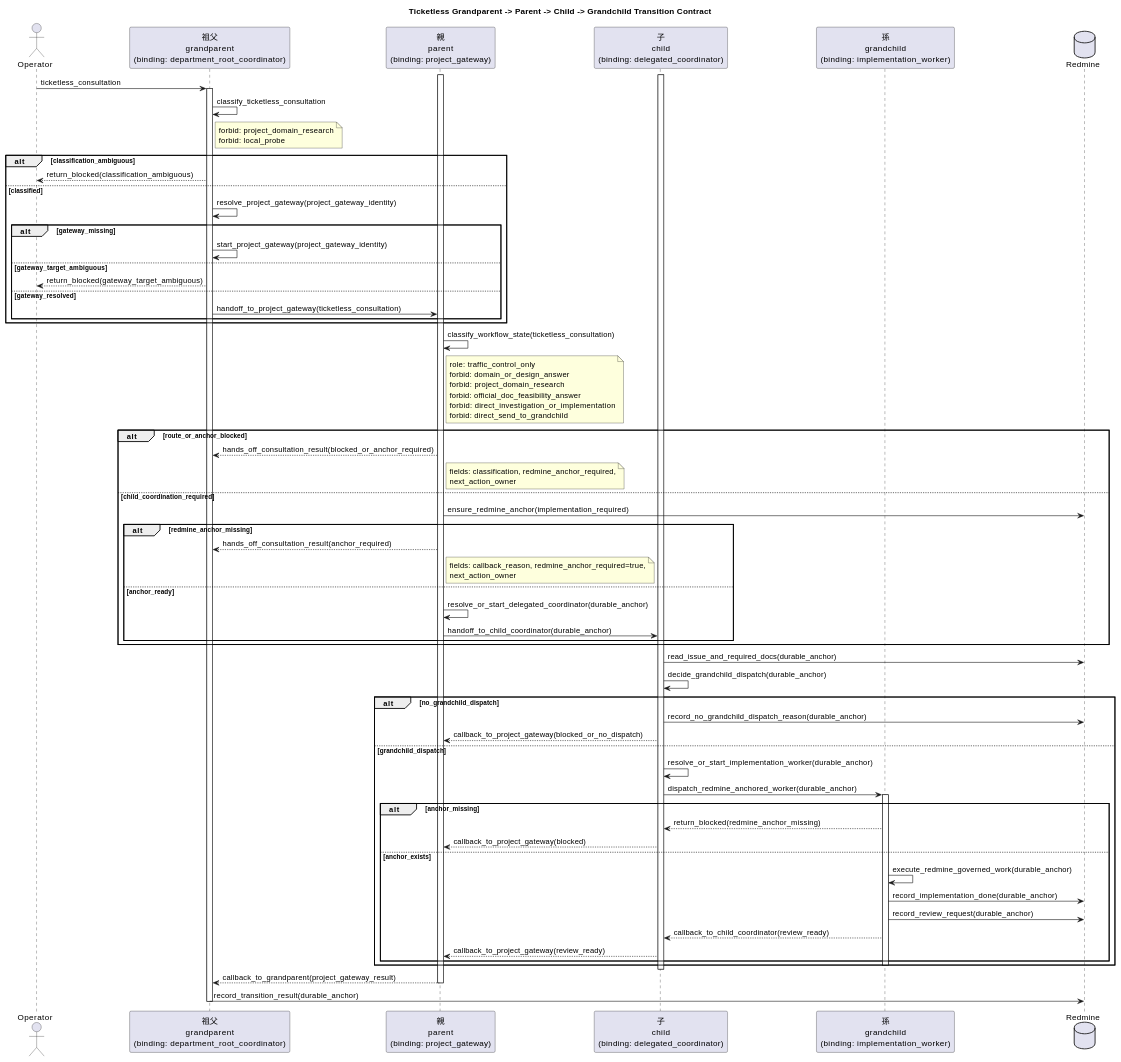
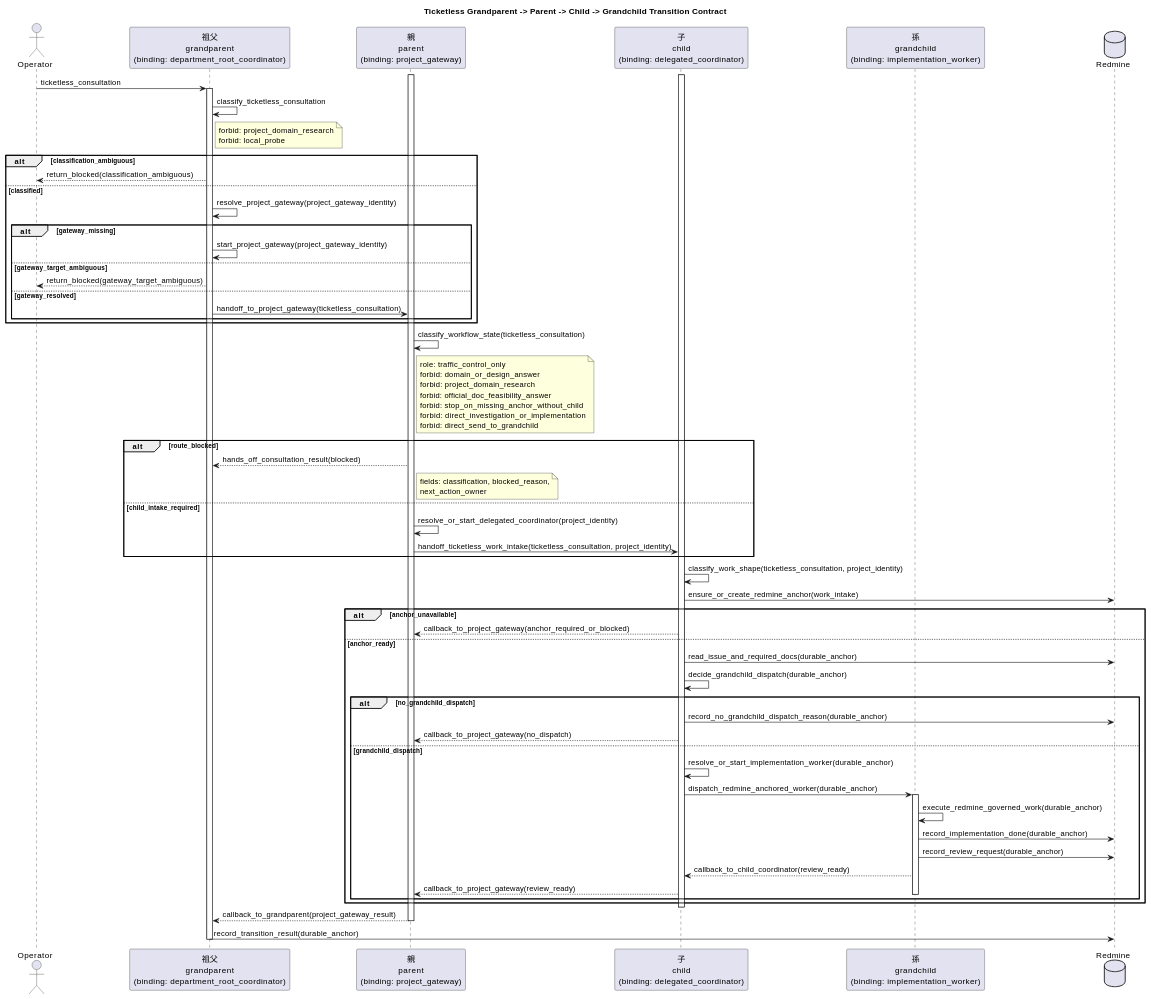
Before and after one commit to hollySizzle/mozyo_bridge: the diagram in vibes/docs/logics/ticketless-project-gateway-runtime-ux.md, drawn with PlantUML. The commit also changed other lines of this file, not shown here.

Commit message:
Route ticketless intake through child coordinator
Refs: Redmine #12709

issue_12709

```diff
--- a/vibes/docs/logics/ticketless-project-gateway-runtime-ux.md
+++ b/vibes/docs/logics/ticketless-project-gateway-runtime-ux.md
@@ -345,51 +353,44 @@
   forbid: domain_or_design_answer
   forbid: project_domain_research
   forbid: official_doc_feasibility_answer
+  forbid: stop_on_missing_anchor_without_child
   forbid: direct_investigation_or_implementation
   forbid: direct_send_to_grandchild
 end note
 
-alt route_or_anchor_blocked
-  Parent --> Grandparent: hands_off_consultation_result(blocked_or_anchor_required)
+alt route_blocked
+  Parent --> Grandparent: hands_off_consultation_result(blocked)
   note right of Parent
-    fields: classification, redmine_anchor_required,
+    fields: classification, blocked_reason,
     next_action_owner
   end note
-else child_coordination_required
-  Parent -> Redmine: ensure_redmine_anchor(implementation_required)
-  alt redmine_anchor_missing
-    Parent --> Grandparent: hands_off_consultation_result(anchor_required)
-    note right of Parent
-      fields: callback_reason, redmine_anchor_required=true,
-      next_action_owner
-    end note
-  else anchor_ready
-    Parent -> Parent: resolve_or_start_delegated_coordinator(durable_anchor)
-    Parent -> Child: handoff_to_child_coordinator(durable_anchor)
-  end
+else child_intake_required
+  Parent -> Parent: resolve_or_start_delegated_coordinator(project_identity)
+  Parent -> Child: handoff_ticketless_work_intake(ticketless_consultation, project_identity)
 end
 
 activate Child
-Child -> Redmine: read_issue_and_required_docs(durable_anchor)
-Child -> Child: decide_grandchild_dispatch(durable_anchor)
-alt no_grandchild_dispatch
-  Child -> Redmine: record_no_grandchild_dispatch_reason(durable_anchor)
-  Child --> Parent: callback_to_project_gateway(blocked_or_no_dispatch)
-else grandchild_dispatch
-  Child -> Child: resolve_or_start_implementation_worker(durable_anchor)
-  Child -> Grandchild: dispatch_redmine_anchored_worker(durable_anchor)
-  activate Grandchild
-  alt anchor_missing
-    Grandchild --> Child: return_blocked(redmine_anchor_missing)
-    Child --> Parent: callback_to_project_gateway(blocked)
-  else anchor_exists
+Child -> Child: classify_work_shape(ticketless_consultation, project_identity)
+Child -> Redmine: ensure_or_create_redmine_anchor(work_intake)
+alt anchor_unavailable
+  Child --> Parent: callback_to_project_gateway(anchor_required_or_blocked)
+else anchor_ready
+  Child -> Redmine: read_issue_and_required_docs(durable_anchor)
+  Child -> Child: decide_grandchild_dispatch(durable_anchor)
+  alt no_grandchild_dispatch
+    Child -> Redmine: record_no_grandchild_dispatch_reason(durable_anchor)
+    Child --> Parent: callback_to_project_gateway(no_dispatch)
+  else grandchild_dispatch
+    Child -> Child: resolve_or_start_implementation_worker(durable_anchor)
+    Child -> Grandchild: dispatch_redmine_anchored_worker(durable_anchor)
+    activate Grandchild
     Grandchild -> Grandchild: execute_redmine_governed_work(durable_anchor)
     Grandchild -> Redmine: record_implementation_done(durable_anchor)
     Grandchild -> Redmine: record_review_request(durable_anchor)
     Grandchild --> Child: callback_to_child_coordinator(review_ready)
     Child --> Parent: callback_to_project_gateway(review_ready)
+    deactivate Grandchild
   end
-  deactivate Grandchild
 end
 deactivate Child
 
```
